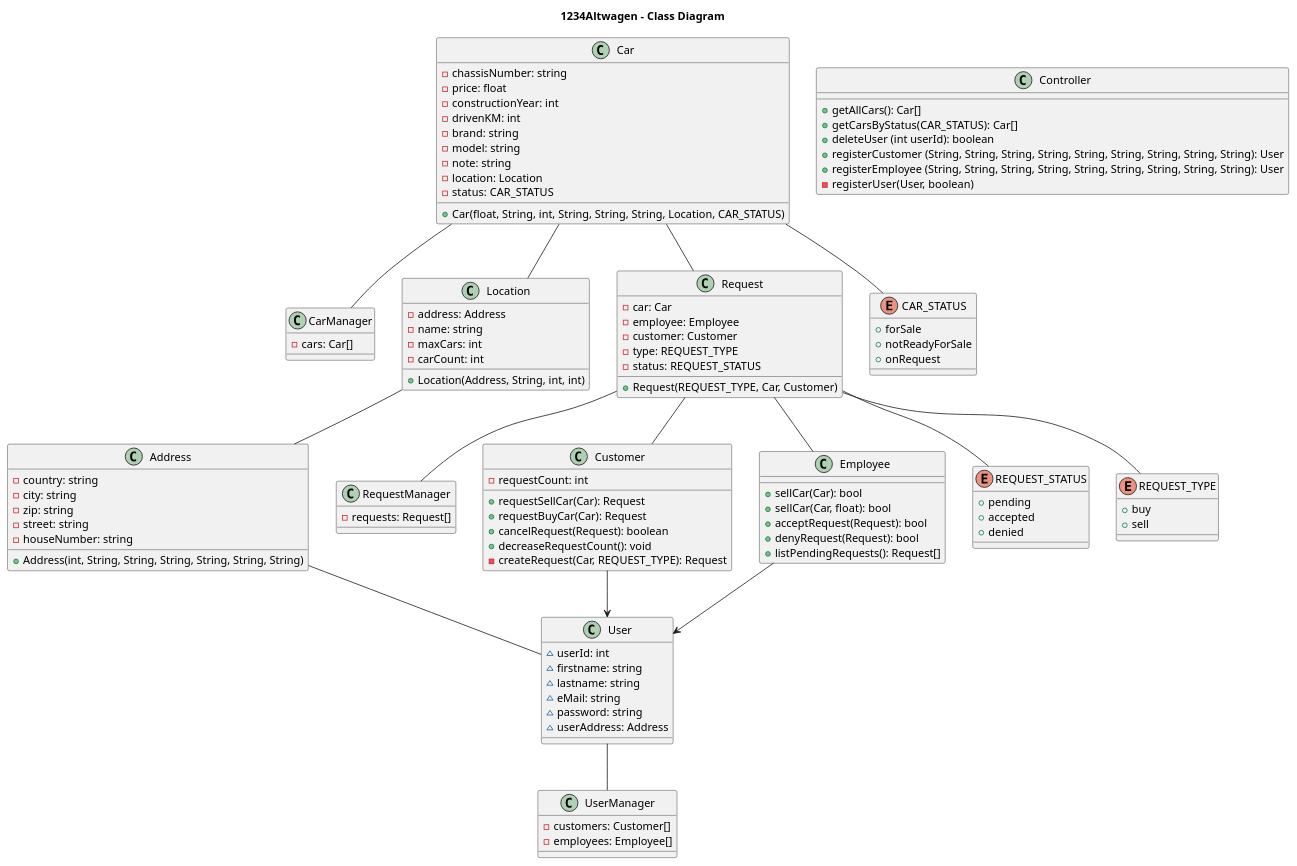
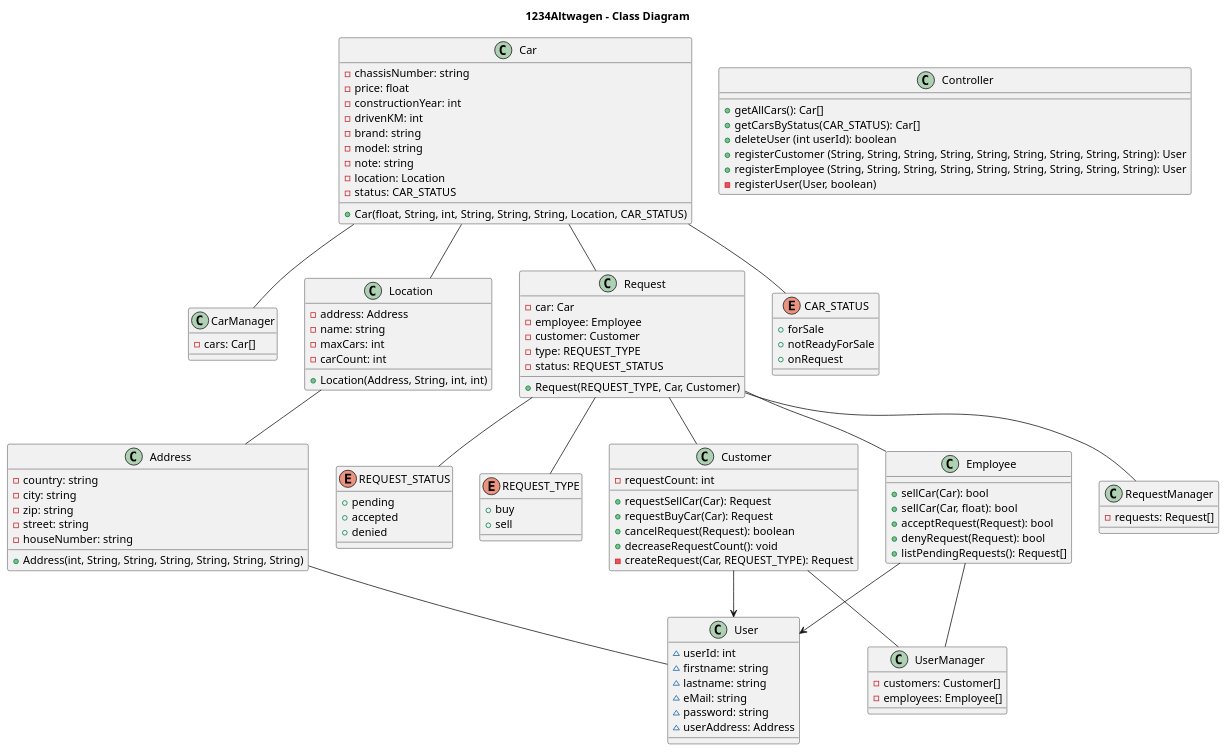
The diagram in klassendiagramm.iuml (fh-erfurt/1234Altwagen), drawn with PlantUML before and after one commit.

```diff
--- a/klassendiagramm.iuml
+++ b/klassendiagramm.iuml
@@ -1,122 +1,123 @@
 @startuml
 title 1234Altwagen - Class Diagram
 
 
 class CarManager {
     -cars: Car[]
 }
 
 class Car {
     -chassisNumber: string
     -price: float
     -constructionYear: int
     -drivenKM: int
     -brand: string
     -model: string
     -note: string
     -location: Location
     -status: CAR_STATUS
     +Car(float, String, int, String, String, String, Location, CAR_STATUS)
 }
 
 class Location {
     -address: Address
     -name: string
     -maxCars: int
     -carCount: int
     +Location(Address, String, int, int)
 }
 
 class RequestManager {
     -requests: Request[]
 }
 
 class Request {
     -car: Car
     -employee: Employee
     -customer: Customer
     -type: REQUEST_TYPE
     -status: REQUEST_STATUS
     +Request(REQUEST_TYPE, Car, Customer)
 }
 
 class Address {
     -country: string
     -city: string
     -zip: string
     -street: string
     -houseNumber: string
     +Address(int, String, String, String, String, String, String)
 }
 
 class Controller {
     +getAllCars(): Car[]
     +getCarsByStatus(CAR_STATUS): Car[]
     +deleteUser (int userId): boolean
     +registerCustomer (String, String, String, String, String, String, String, String, String): User
     +registerEmployee (String, String, String, String, String, String, String, String, String): User
     -registerUser(User, boolean)
 }
 
 class UserManager {
     -customers: Customer[]
     -employees: Employee[]
 }
 
 class User {
     ~userId: int
     ~firstname: string
     ~lastname: string
     ~eMail: string
     ~password: string
     ~userAddress: Address
 }
 class Customer {
     -requestCount: int
     +requestSellCar(Car): Request
     +requestBuyCar(Car): Request
     +cancelRequest(Request): boolean
     +decreaseRequestCount(): void
     -createRequest(Car, REQUEST_TYPE): Request
 }
 class Employee {
     +sellCar(Car): bool
     +sellCar(Car, float): bool
     +acceptRequest(Request): bool
     +denyRequest(Request): bool
     +listPendingRequests(): Request[]
 }
 
 enum CAR_STATUS {
     +forSale
     +notReadyForSale
     +onRequest
 }
 
 enum REQUEST_STATUS {
     +pending
     +accepted
     +denied
 }
 
 enum REQUEST_TYPE {
     +buy
     +sell
 }
 
 Customer --> User
 Employee --> User
 
 Car -- CarManager
 Request -- RequestManager
-User -- UserManager
+Customer -- UserManager
+Employee -- UserManager
 Car -- Location
 Car -- Request
 Location -- Address
 Request -- Customer
 Request -- Employee
 Address -- User
 Car -- CAR_STATUS
 Request -- REQUEST_TYPE
 Request -- REQUEST_STATUS
 @enduml
```
